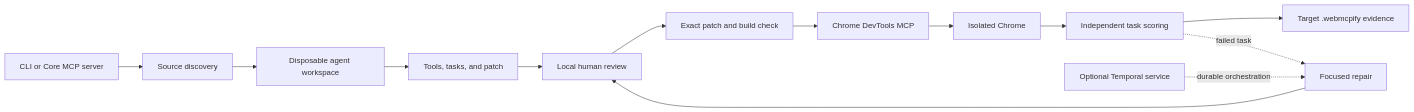
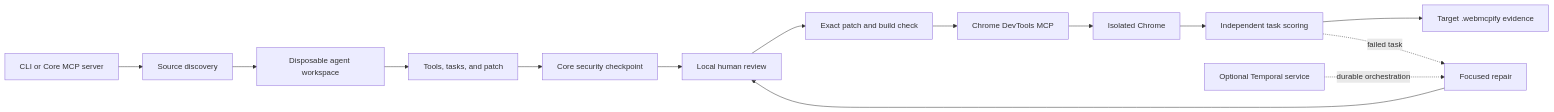
The diagram in ARCHITECTURE.md (improvisus-webmcp/webmcpify-core), drawn with Mermaid before and after one commit. The commit also changed other lines of this file and 16 other files, not shown here.

````diff
--- a/ARCHITECTURE.md
+++ b/ARCHITECTURE.md
@@ -5,15 +5,16 @@
 ```mermaid
 flowchart LR
     CLI[CLI or Core MCP server] --> Discover[Source discovery]
     Discover --> Workspace[Disposable agent workspace]
     Workspace --> Proposal[Tools, tasks, and patch]
-    Proposal --> Review[Local human review]
+    Proposal --> Security[Core security checkpoint]
+    Security --> Review[Local human review]
     Review --> Apply[Exact patch and build check]
     Apply --> Bridge[Chrome DevTools MCP]
     Bridge --> Browser[Isolated Chrome]
     Browser --> Verify[Independent task scoring]
     Verify --> Evidence[Target .webmcpify evidence]
     Verify -. failed task .-> Repair[Focused repair]
     Repair --> Review
     Temporal[Optional Temporal service] -. durable orchestration .-> Repair
 ```
````
